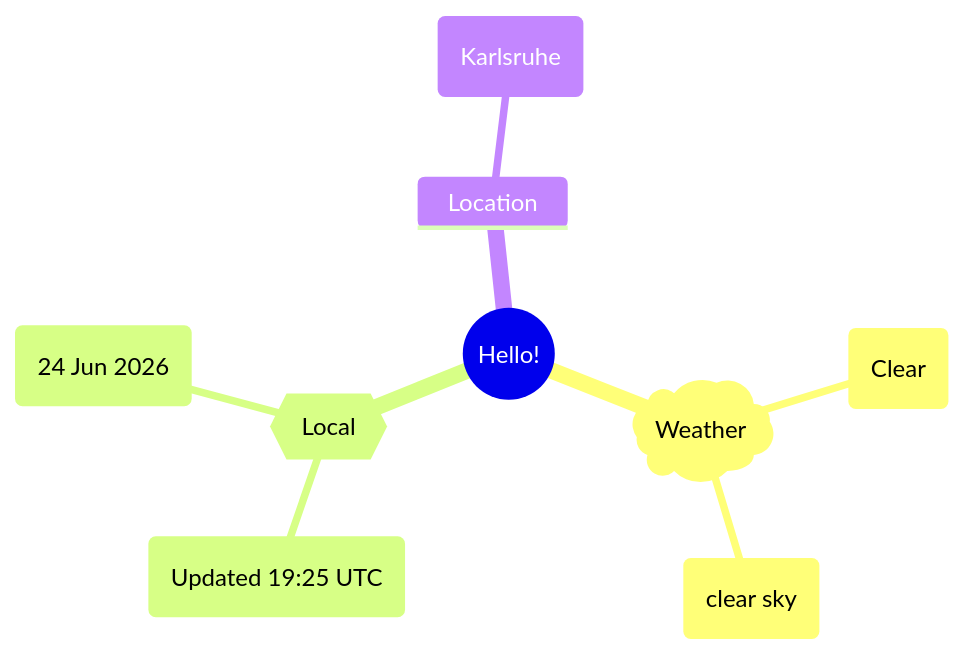
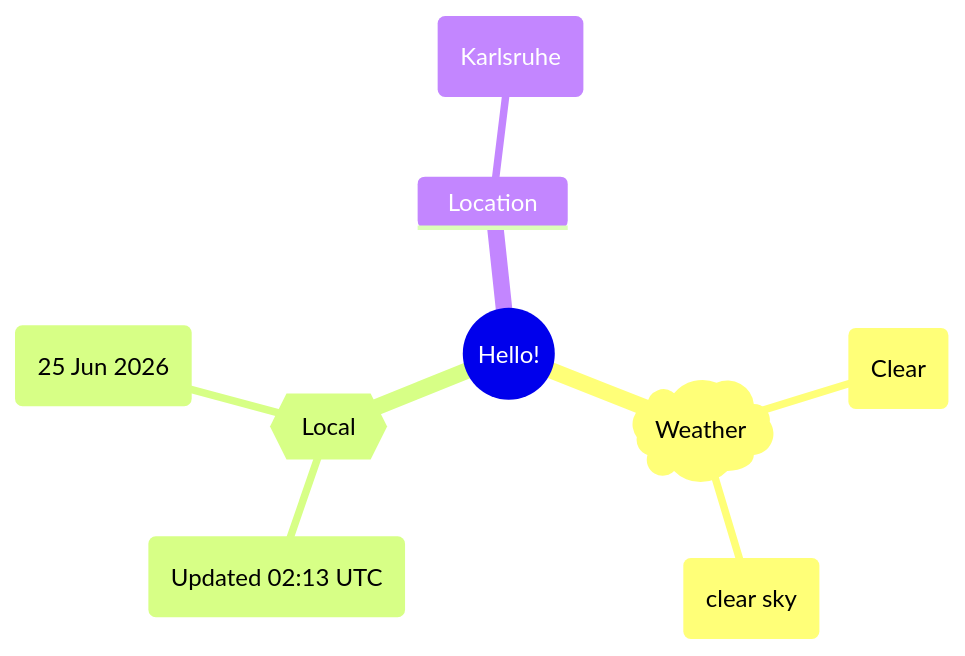
One commit to Xosrov/Xosrov changed the first of 2 diagrams in README.md. Above: the diagram before and after it, drawn with Mermaid.

Commit message:
[bot] updated images

````diff
--- a/README.md
+++ b/README.md
@@ -3,12 +3,12 @@
 ```mermaid
 mindmap
   root((Hello!))
     )Weather(
         (Clear)
         (clear sky)
     {{Local}}
-        (Updated 19:25 UTC)
-        (24 Jun 2026)
+        (Updated 02:13 UTC)
+        (25 Jun 2026)
     Location
         (Karlsruhe)
 ```
````
